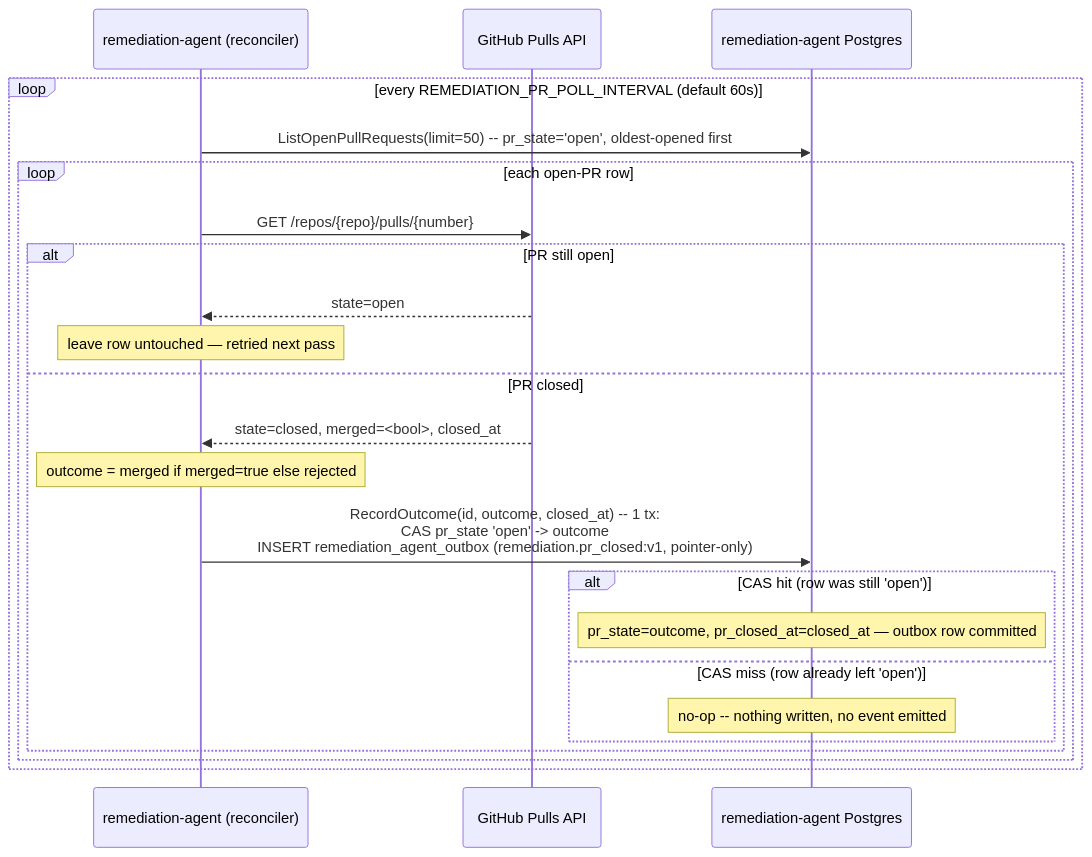
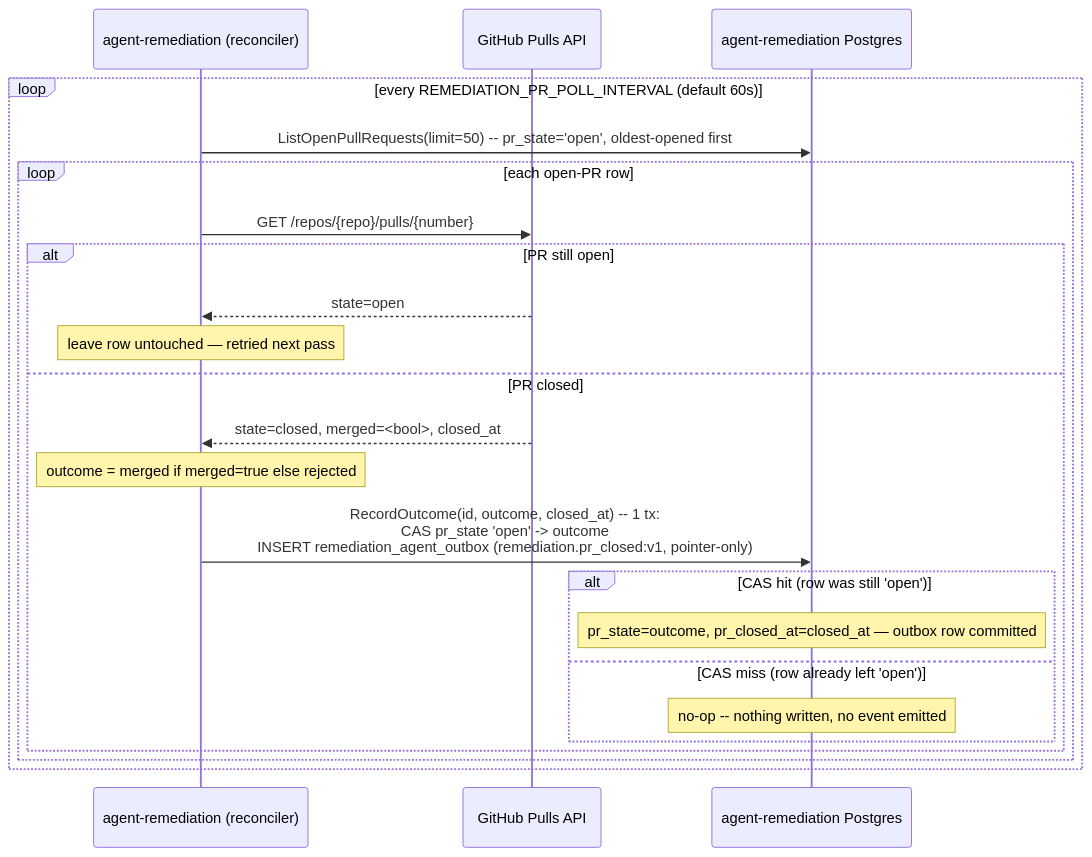
One commit to carolsimone/continuo changed diagram 14 of 15 in docs/arch/03-sequence-flows.md. Above: the diagram before and after it, drawn with Mermaid. The commit also changed other lines of this file and 291 other files, not shown here.

First line of the commit message:
refactor!: rename remediation-agent to agent-remediation (#457)

````diff
--- a/docs/arch/03-sequence-flows.md
+++ b/docs/arch/03-sequence-flows.md
@@ -710,26 +710,26 @@
 ```mermaid
 sequenceDiagram
-  participant RA as remediation-agent (reconciler)
+  participant RA as agent-remediation (reconciler)
   participant GH as GitHub Pulls API
-  participant PG as remediation-agent Postgres
+  participant PG as agent-remediation Postgres
 
   loop every REMEDIATION_PR_POLL_INTERVAL (default 60s)
     RA->>PG: ListOpenPullRequests(limit=50) -- pr_state='open', oldest-opened first
     loop each open-PR row
       RA->>GH: GET /repos/{repo}/pulls/{number}
       alt PR still open
         GH-->>RA: state=open
         Note over RA: leave row untouched — retried next pass
       else PR closed
         GH-->>RA: state=closed, merged=<bool>, closed_at
         Note over RA: outcome = merged if merged=true else rejected
         RA->>PG: RecordOutcome(id, outcome, closed_at) -- 1 tx:<br/>CAS pr_state 'open' -> outcome<br/>INSERT remediation_agent_outbox (remediation.pr_closed:v1, pointer-only)
         alt CAS hit (row was still 'open')
           Note over PG: pr_state=outcome, pr_closed_at=closed_at — outbox row committed
         else CAS miss (row already left 'open')
           Note over PG: no-op -- nothing written, no event emitted
         end
       end
     end
   end
 ```
````
